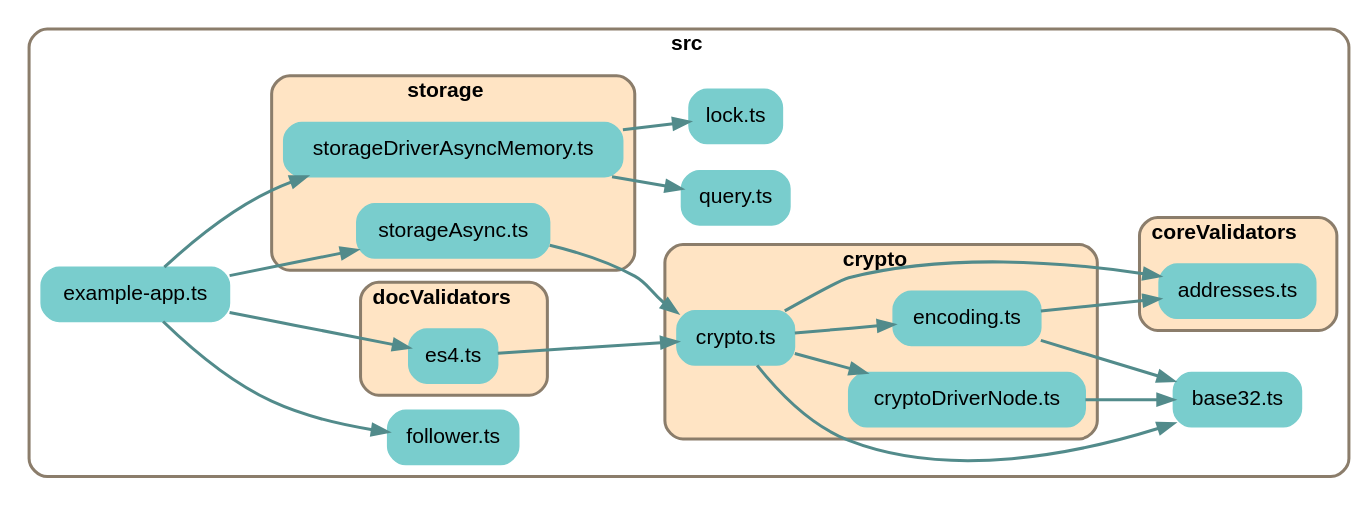
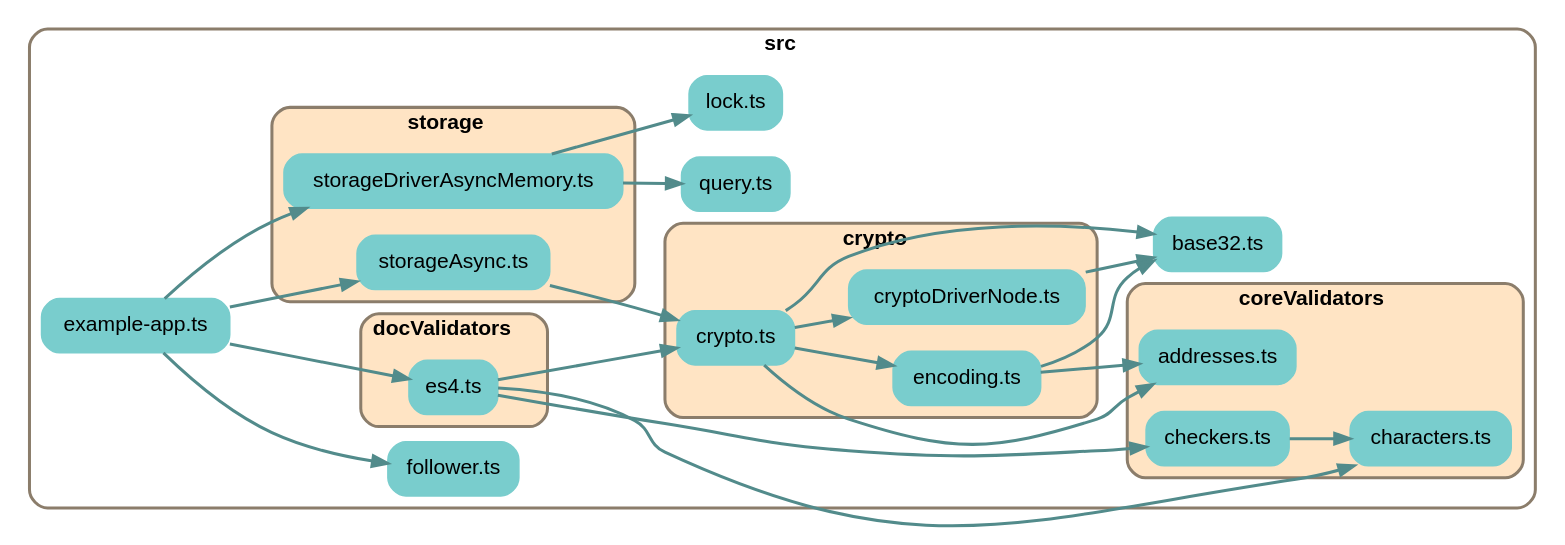
Before and after one commit to earthstar-project/earthstar: the diagram in depchart/depchart-notypes.dot, drawn with Graphviz. The commit also changed 14 other files, not shown here.

Commit message:
bring in checkers.ts from older version of core earthstar

```diff
--- a/depchart/depchart-notypes.dot
+++ b/depchart/depchart-notypes.dot
@@ -1,88 +1,93 @@
 
 digraph G {
     //splines=line;
     //splines=polyline;
     splines=true;
     rankdir=LR;
     //newrank=true;
     compound=true;
     graph [fontname = "helvetica"];  // dpi=72
     node [fontname = "helvetica"];
     edge [fontname = "helvetica"];
     
     // files in their folder clusters
 
-    subgraph cluster4169300457 {
+    subgraph cluster8803529267 {
         label=<<b>src</b>>;
         style="rounded";
         color=bisque4;
         penwidth=2;
                 
         "src/base32.ts" [label="base32.ts", shape=rectangle; style="rounded,filled"; color=darkslategray3];
         "src/example-app.ts" [label="example-app.ts", shape=rectangle; style="rounded,filled"; color=darkslategray3];
         "src/follower.ts" [label="follower.ts", shape=rectangle; style="rounded,filled"; color=darkslategray3];
         "src/lock.ts" [label="lock.ts", shape=rectangle; style="rounded,filled"; color=darkslategray3];
         "src/query.ts" [label="query.ts", shape=rectangle; style="rounded,filled"; color=darkslategray3];
 
-        subgraph cluster5744159174 {
+        subgraph cluster7183007513 {
             label=<<b>coreValidators</b>>;
             style="rounded,filled";
             fillcolor=bisque;
             color=bisque4;
             penwidth=2;
                 
             "src/coreValidators/addresses.ts" [label="addresses.ts", shape=rectangle; style="rounded,filled"; color=darkslategray3];
+            "src/coreValidators/characters.ts" [label="characters.ts", shape=rectangle; style="rounded,filled"; color=darkslategray3];
+            "src/coreValidators/checkers.ts" [label="checkers.ts", shape=rectangle; style="rounded,filled"; color=darkslategray3];
         }
 
-        subgraph cluster8278969722 {
+        subgraph cluster9137571748 {
             label=<<b>crypto</b>>;
             style="rounded,filled";
             fillcolor=bisque;
             color=bisque4;
             penwidth=2;
                 
             "src/crypto/crypto.ts" [label="crypto.ts", shape=rectangle; style="rounded,filled"; color=darkslategray3];
             "src/crypto/cryptoDriverNode.ts" [label="cryptoDriverNode.ts", shape=rectangle; style="rounded,filled"; color=darkslategray3];
             "src/crypto/encoding.ts" [label="encoding.ts", shape=rectangle; style="rounded,filled"; color=darkslategray3];
         }
 
-        subgraph cluster6209901412 {
+        subgraph cluster1025479157 {
             label=<<b>docValidators</b>>;
             style="rounded,filled";
             fillcolor=bisque;
             color=bisque4;
             penwidth=2;
                 
             "src/docValidators/es4.ts" [label="es4.ts", shape=rectangle; style="rounded,filled"; color=darkslategray3];
         }
 
-        subgraph cluster9021175707 {
+        subgraph cluster9571430713 {
             label=<<b>storage</b>>;
             style="rounded,filled";
             fillcolor=bisque;
             color=bisque4;
             penwidth=2;
                 
             "src/storage/storageAsync.ts" [label="storageAsync.ts", shape=rectangle; style="rounded,filled"; color=darkslategray3];
             "src/storage/storageDriverAsyncMemory.ts" [label="storageDriverAsyncMemory.ts", shape=rectangle; style="rounded,filled"; color=darkslategray3];
         }
     }
 
     // edges between files
+    "src/coreValidators/checkers.ts" -> "src/coreValidators/characters.ts" [penwidth=2; color=darkslategray4];
     "src/crypto/crypto.ts" -> "src/crypto/cryptoDriverNode.ts" [penwidth=2; color=darkslategray4];
     "src/crypto/crypto.ts" -> "src/base32.ts" [penwidth=2; color=darkslategray4];
     "src/crypto/crypto.ts" -> "src/crypto/encoding.ts" [penwidth=2; color=darkslategray4];
     "src/crypto/crypto.ts" -> "src/coreValidators/addresses.ts" [penwidth=2; color=darkslategray4];
     "src/crypto/cryptoDriverNode.ts" -> "src/base32.ts" [penwidth=2; color=darkslategray4];
     "src/crypto/encoding.ts" -> "src/base32.ts" [penwidth=2; color=darkslategray4];
     "src/crypto/encoding.ts" -> "src/coreValidators/addresses.ts" [penwidth=2; color=darkslategray4];
+    "src/docValidators/es4.ts" -> "src/coreValidators/characters.ts" [penwidth=2; color=darkslategray4];
+    "src/docValidators/es4.ts" -> "src/coreValidators/checkers.ts" [penwidth=2; color=darkslategray4];
     "src/docValidators/es4.ts" -> "src/crypto/crypto.ts" [penwidth=2; color=darkslategray4];
     "src/example-app.ts" -> "src/docValidators/es4.ts" [penwidth=2; color=darkslategray4];
     "src/example-app.ts" -> "src/storage/storageDriverAsyncMemory.ts" [penwidth=2; color=darkslategray4];
     "src/example-app.ts" -> "src/storage/storageAsync.ts" [penwidth=2; color=darkslategray4];
     "src/example-app.ts" -> "src/follower.ts" [penwidth=2; color=darkslategray4];
     "src/storage/storageAsync.ts" -> "src/crypto/crypto.ts" [penwidth=2; color=darkslategray4];
     "src/storage/storageDriverAsyncMemory.ts" -> "src/query.ts" [penwidth=2; color=darkslategray4];
     "src/storage/storageDriverAsyncMemory.ts" -> "src/lock.ts" [penwidth=2; color=darkslategray4];
 
 }
```
